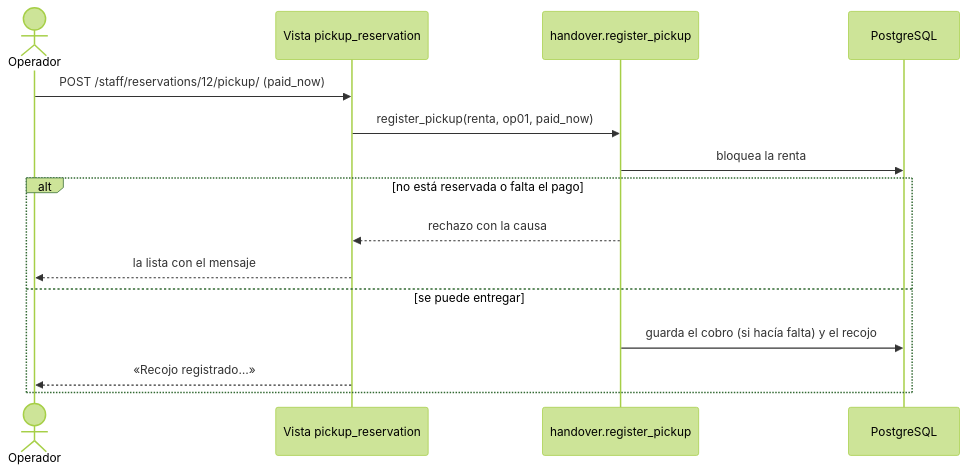
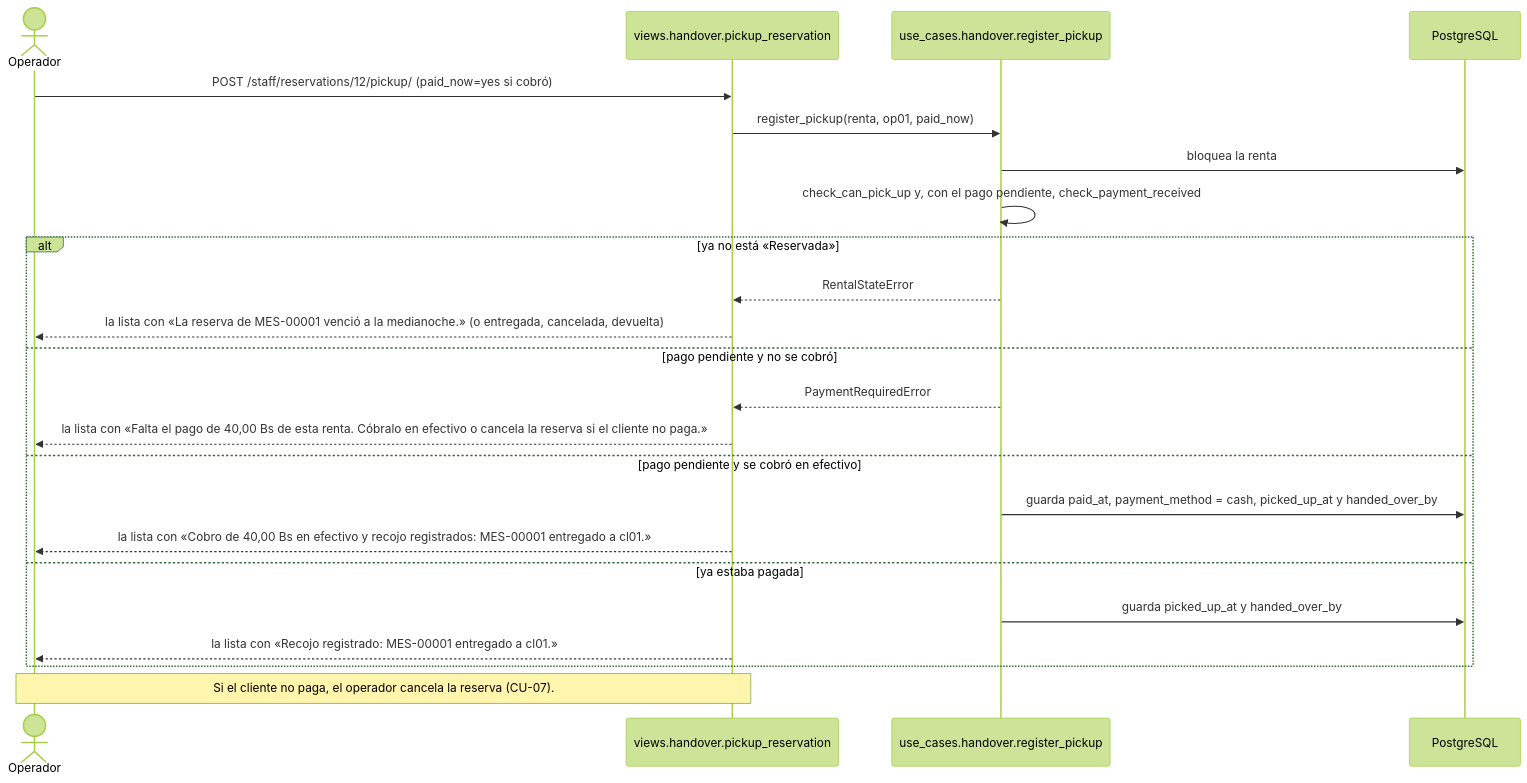
The ninth of 17 diagrams in docs/casos-de-uso.md (peterteranb/astra-rent-system), drawn with Mermaid (forest theme) before and after one commit. The commit also changed other lines of this file and 12 other files, not shown here.

Commit message:
docs: final docs index, decisions and checked sequence diagrams

````diff
--- a/docs/casos-de-uso.md
+++ b/docs/casos-de-uso.md
@@ -380,17 +458,25 @@
 ```mermaid
 sequenceDiagram
     actor O as Operador
-    participant V as Vista pickup_reservation
-    participant U as handover.register_pickup
+    participant V as views.handover.pickup_reservation
+    participant U as use_cases.handover.register_pickup
     participant BD as PostgreSQL
-    O->>V: POST /staff/reservations/12/pickup/ (paid_now)
+    O->>V: POST /staff/reservations/12/pickup/ (paid_now=yes si cobró)
     V->>U: register_pickup(renta, op01, paid_now)
     U->>BD: bloquea la renta
-    alt no está reservada o falta el pago
-        U-->>V: rechazo con la causa
-        V-->>O: la lista con el mensaje
-    else se puede entregar
-        U->>BD: guarda el cobro (si hacía falta) y el recojo
-        V-->>O: «Recojo registrado…»
+    U->>U: check_can_pick_up y, con el pago pendiente, check_payment_received
+    alt ya no está «Reservada»
+        U-->>V: RentalStateError
+        V-->>O: la lista con «La reserva de MES-00001 venció a la medianoche.» (o entregada, cancelada, devuelta)
+    else pago pendiente y no se cobró
+        U-->>V: PaymentRequiredError
+        V-->>O: la lista con «Falta el pago de 40,00 Bs de esta renta. Cóbralo en efectivo o cancela la reserva si el cliente no paga.»
+    else pago pendiente y se cobró en efectivo
+        U->>BD: guarda paid_at, payment_method = cash, picked_up_at y handed_over_by
+        V-->>O: la lista con «Cobro de 40,00 Bs en efectivo y recojo registrados: MES-00001 entregado a cl01.»
+    else ya estaba pagada
+        U->>BD: guarda picked_up_at y handed_over_by
+        V-->>O: la lista con «Recojo registrado: MES-00001 entregado a cl01.»
     end
+    Note over O,V: Si el cliente no paga, el operador cancela la reserva (CU-07).
 ```
````
